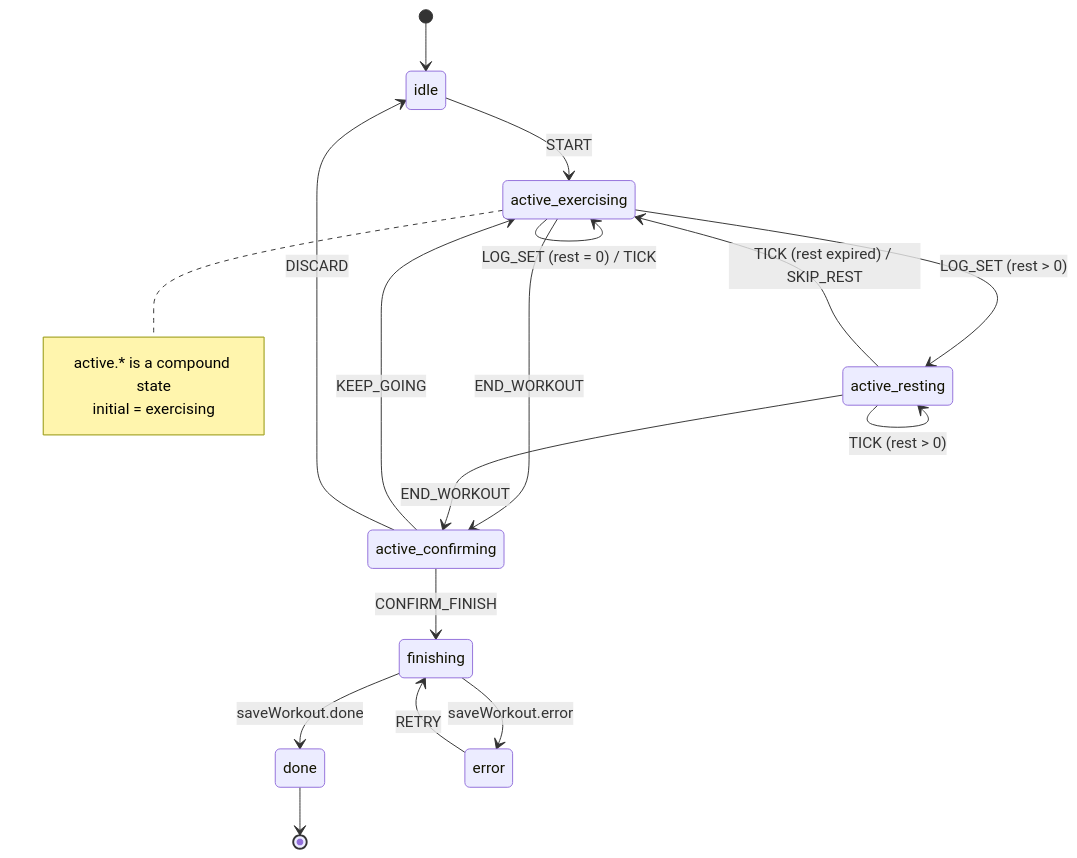
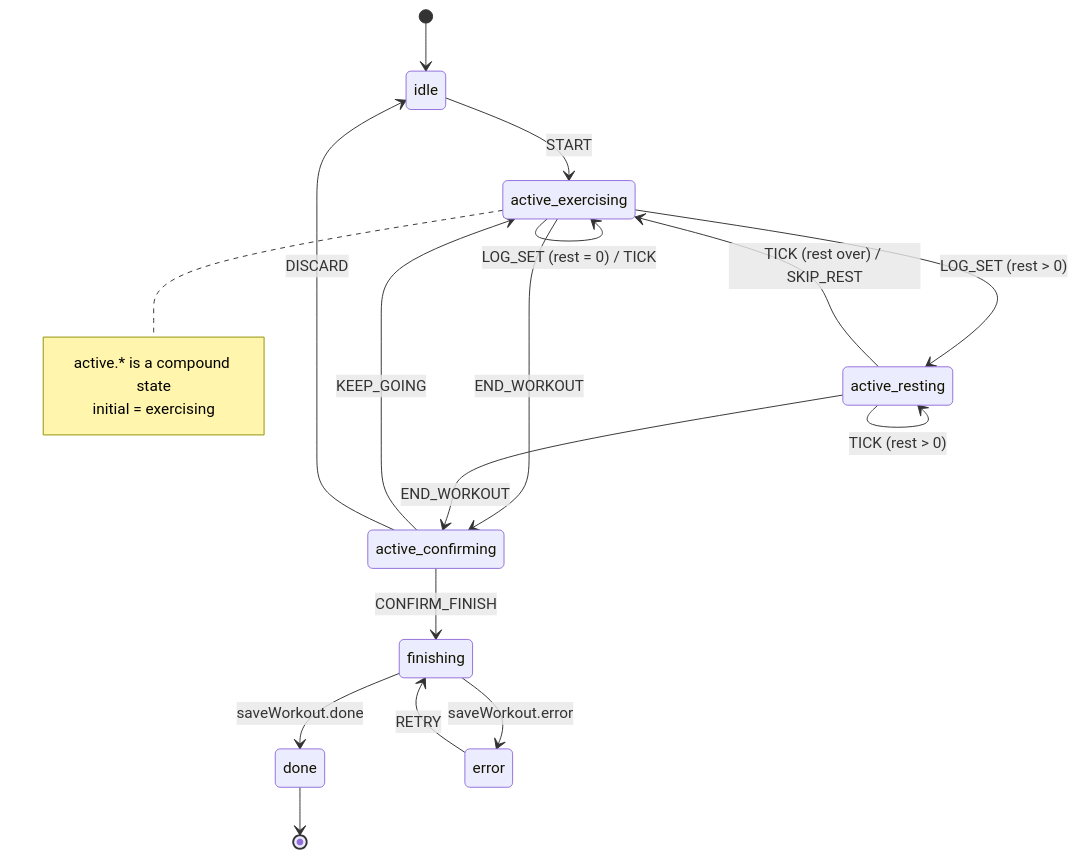
One commit to wahidyankf/baseerah changed the diagram in specs/apps/organiclever/ddd/ubiquitous-language/workout-session.md. Above: the diagram before and after it, drawn with Mermaid. The commit also changed 20 other files, not shown here.

First line of the commit message:
fix(docs): remediate mermaid violations surfaced by the detect_kind fix

````diff
--- a/specs/apps/organiclever/ddd/ubiquitous-language/workout-session.md
+++ b/specs/apps/organiclever/ddd/ubiquitous-language/workout-session.md
@@ -40,23 +40,23 @@
 ```mermaid
 %% Color palette: Blue #0173B2 | Teal #029E73 | Orange #DE8F05 | Gray #808080
 stateDiagram-v2
     [*] --> idle
     idle --> active_exercising : START
     active_exercising --> active_resting : LOG_SET (rest > 0)
     active_exercising --> active_exercising : LOG_SET (rest = 0) / TICK
     active_exercising --> active_confirming : END_WORKOUT
-    active_resting --> active_exercising : TICK (rest expired) / SKIP_REST
+    active_resting --> active_exercising : TICK (rest over) / SKIP_REST
     active_resting --> active_resting : TICK (rest > 0)
     active_resting --> active_confirming : END_WORKOUT
     active_confirming --> active_exercising : KEEP_GOING
     active_confirming --> finishing : CONFIRM_FINISH
     active_confirming --> idle : DISCARD
     finishing --> done : saveWorkout.done
     finishing --> error : saveWorkout.error
     error --> finishing : RETRY
     done --> [*]
     note right of active_exercising
         active.* is a compound state
         initial = exercising
     end note
 ```
````
